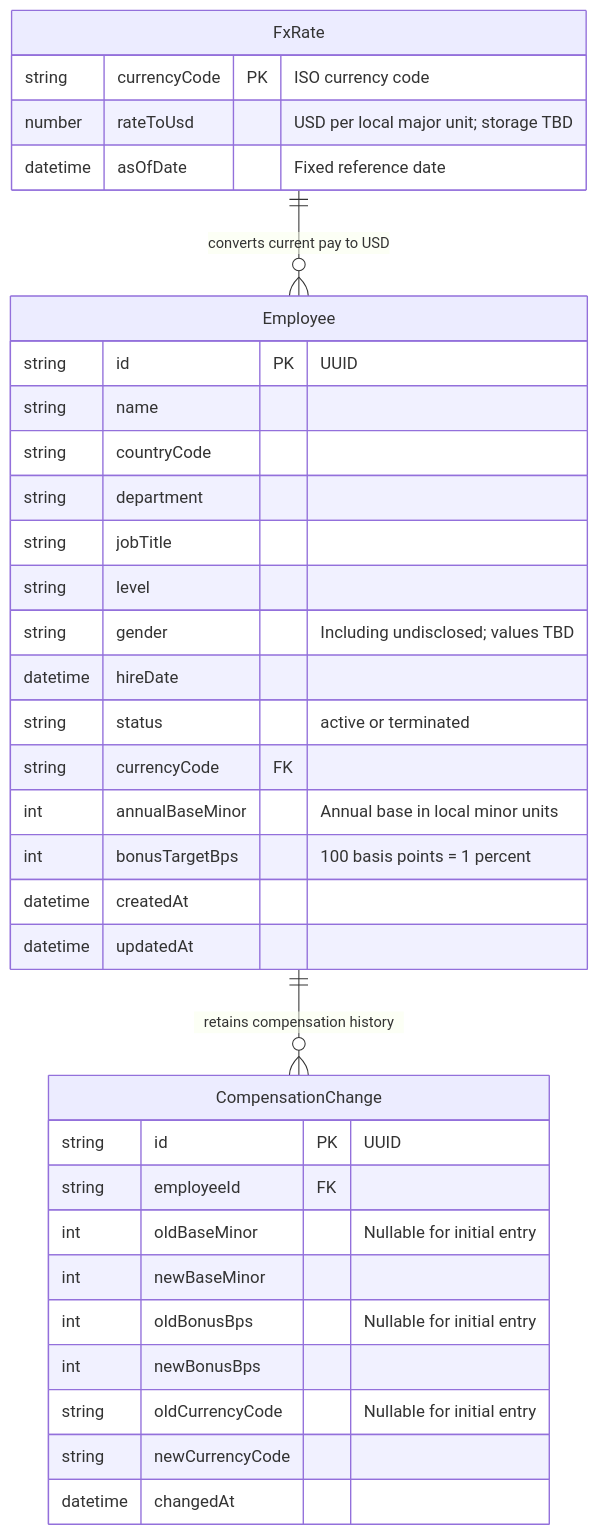
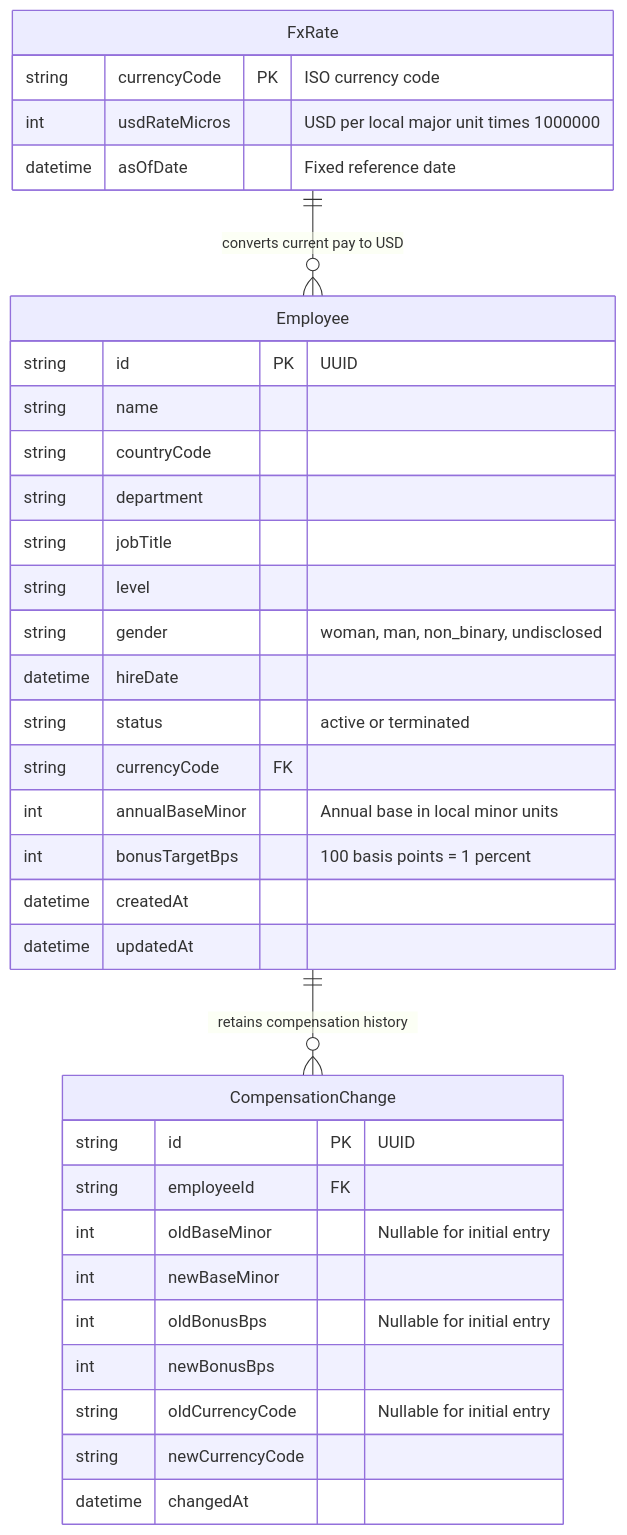
The diagram in docs/DATABASE.md (dhruvdabhi101/HRMS), drawn with Mermaid before and after one commit. The commit also changed other lines of this file and 5 other files, not shown here.

````diff
--- a/docs/DATABASE.md
+++ b/docs/DATABASE.md
@@ -5,40 +5,40 @@
 ```mermaid
 erDiagram
     FxRate ||--o{ Employee : "converts current pay to USD"
     Employee ||--o{ CompensationChange : "retains compensation history"
 
     Employee {
         string id PK "UUID"
         string name
         string countryCode
         string department
         string jobTitle
         string level
-        string gender "Including undisclosed; values TBD"
+        string gender "woman, man, non_binary, undisclosed"
         datetime hireDate
         string status "active or terminated"
         string currencyCode FK
         int annualBaseMinor "Annual base in local minor units"
         int bonusTargetBps "100 basis points = 1 percent"
         datetime createdAt
         datetime updatedAt
     }
 
     CompensationChange {
         string id PK "UUID"
         string employeeId FK
         int oldBaseMinor "Nullable for initial entry"
         int newBaseMinor
         int oldBonusBps "Nullable for initial entry"
         int newBonusBps
         string oldCurrencyCode "Nullable for initial entry"
         string newCurrencyCode
         datetime changedAt
     }
 
     FxRate {
         string currencyCode PK "ISO currency code"
-        number rateToUsd "USD per local major unit; storage TBD"
+        int usdRateMicros "USD per local major unit times 1000000"
         datetime asOfDate "Fixed reference date"
     }
 ```
````
